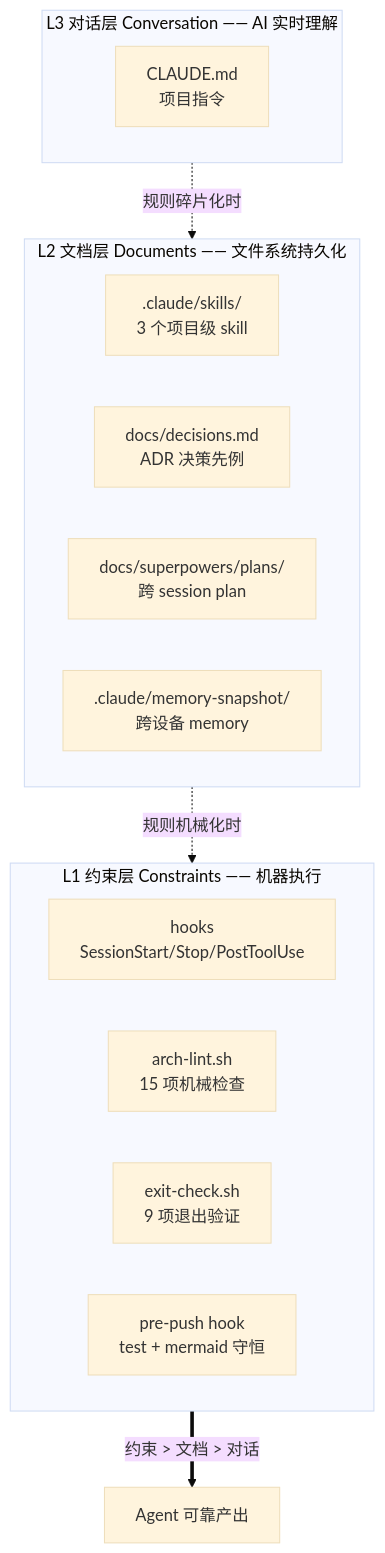
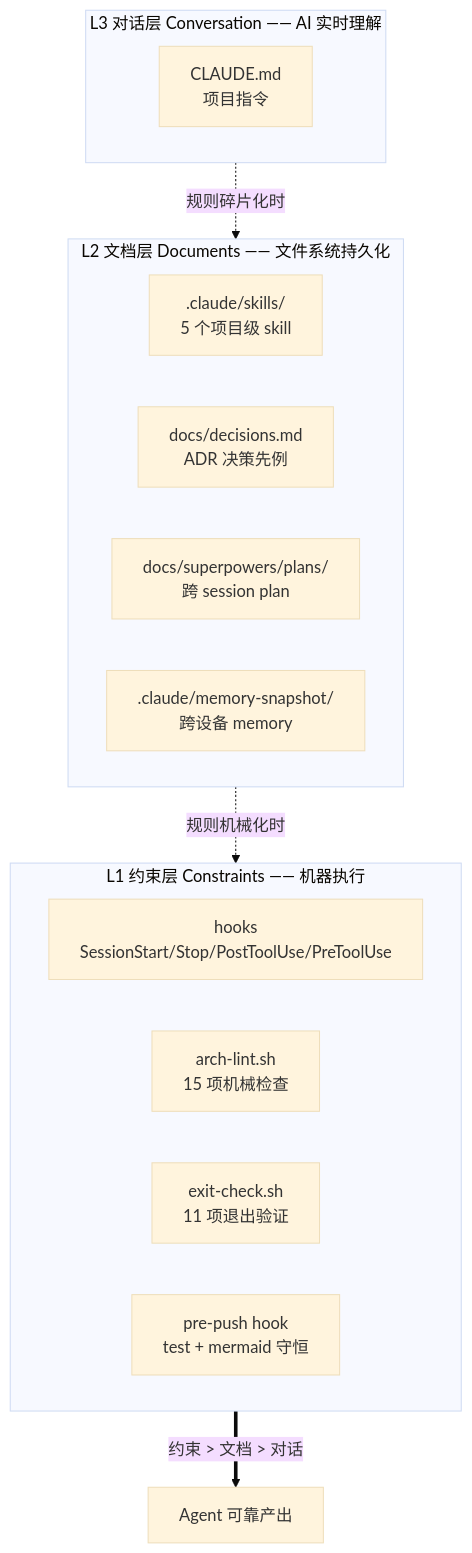
One commit to reallyhwc/ans-ai-auto-notes changed the diagram in README.md. Above: the diagram before and after it, drawn with Mermaid (base theme). The commit also changed other lines of this file and 62 other files, not shown here.

````diff
--- a/README.md
+++ b/README.md
@@ -37,25 +37,25 @@
 ```mermaid
 flowchart TD
     subgraph L1["L1 约束层 Constraints —— 机器执行"]
         direction LR
-        H[hooks<br/>SessionStart/Stop/PostToolUse]
+        H[hooks<br/>SessionStart/Stop/PostToolUse/PreToolUse]
         ALINT[arch-lint.sh<br/>15 项机械检查]
-        ECHK[exit-check.sh<br/>9 项退出验证]
+        ECHK[exit-check.sh<br/>11 项退出验证]
         PRE[pre-push hook<br/>test + mermaid 守恒]
     end
 
     subgraph L2["L2 文档层 Documents —— 文件系统持久化"]
-        SKILL[.claude/skills/<br/>3 个项目级 skill]
+        SKILL[.claude/skills/<br/>5 个项目级 skill]
         ADR[docs/decisions.md<br/>ADR 决策先例]
         PLAN[docs/superpowers/plans/<br/>跨 session plan]
         MEM[.claude/memory-snapshot/<br/>跨设备 memory]
     end
 
     subgraph L3["L3 对话层 Conversation —— AI 实时理解"]
         CLAUDE[CLAUDE.md<br/>项目指令]
     end
 
     L3 -.->|"规则碎片化时"| L2
     L2 -.->|"规则机械化时"| L1
     L1 ==>|"约束 > 文档 > 对话"| OK[Agent 可靠产出]
 ```
````
